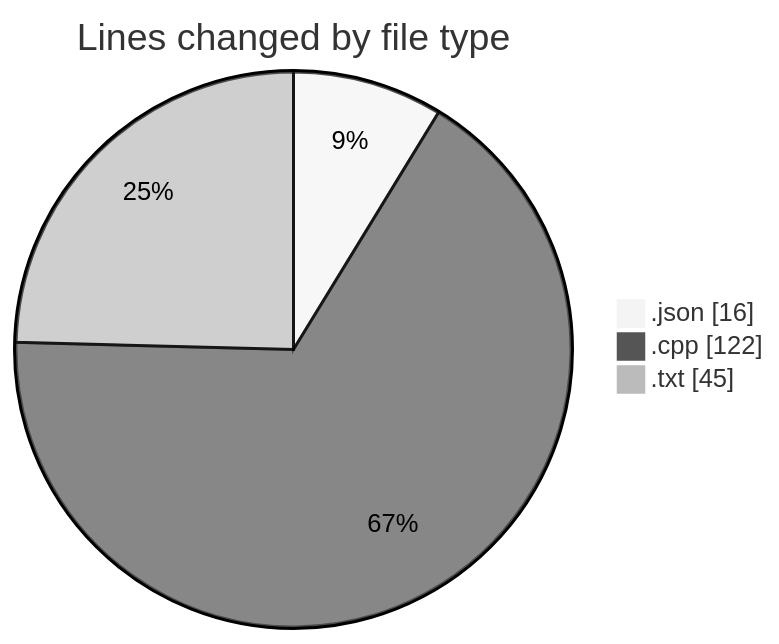
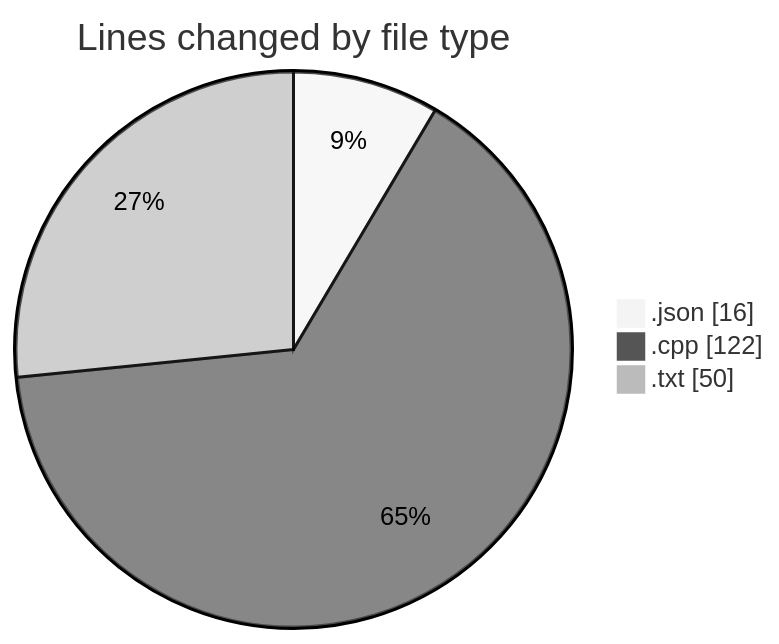
Before and after one commit to Netris89/code-tracking: the first of 2 diagrams in 2025-04-18/echo/README.md, drawn with Mermaid (neutral theme). The commit also changed other lines of this file and 1 other file, not shown here.

````diff
--- a/2025-04-18/echo/README.md
+++ b/2025-04-18/echo/README.md
@@ -22,7 +22,7 @@
 ```mermaid
 pie showData
 title Lines changed by file type
 ".json" : 16
 ".cpp" : 122
-".txt" : 45
+".txt" : 50
 ```
````
